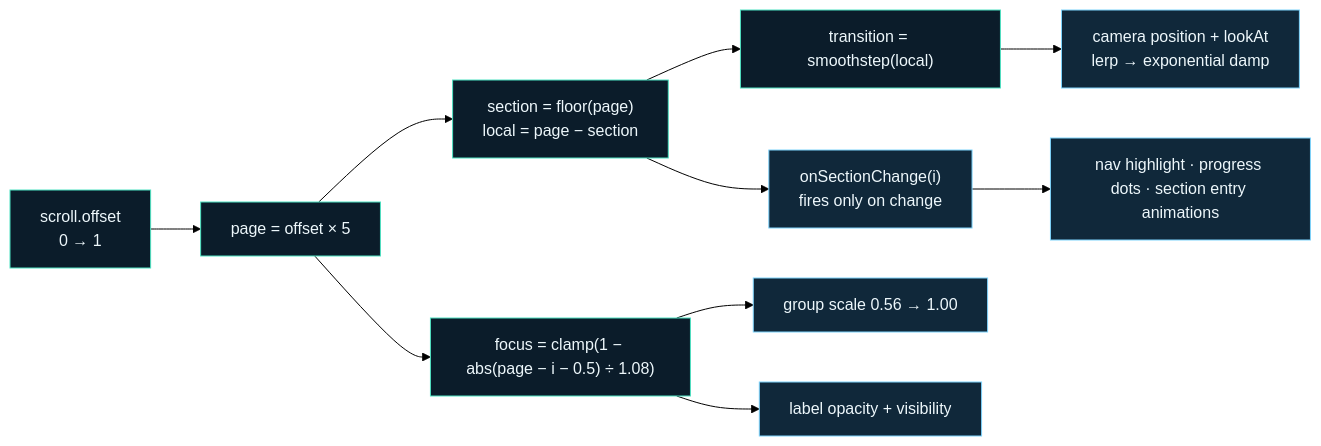
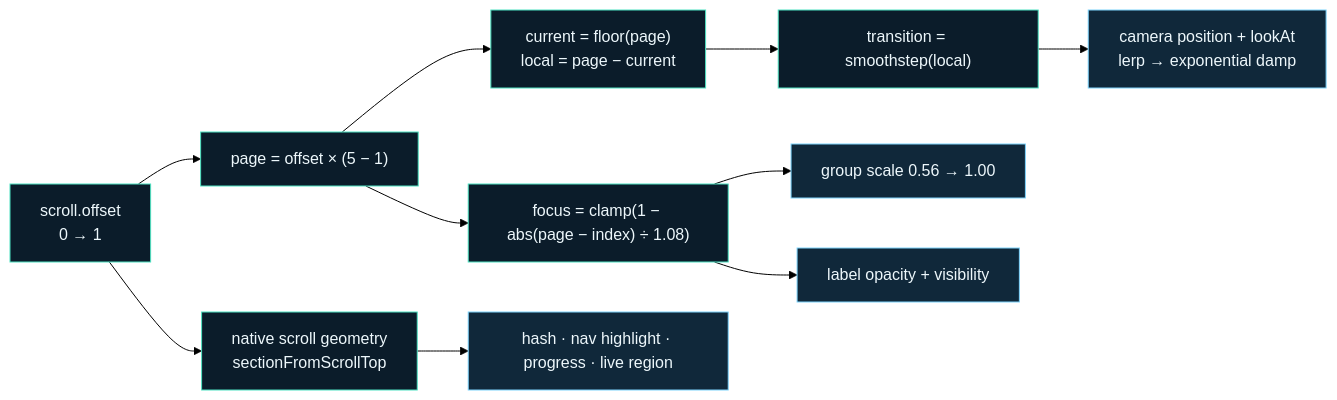
The third of 5 diagrams in README.md (YASLOGIST/LOGISDATA), drawn with Mermaid (forest theme) before and after one commit. The commit also changed other lines of this file and 40 other files, not shown here.

````diff
--- a/README.md
+++ b/README.md
@@ -241,15 +251,15 @@
 ```mermaid
 flowchart LR
   classDef n fill:#0b1c2a,stroke:#4de1c1,color:#edf7fb
   classDef o fill:#10283a,stroke:#7dd3fc,color:#edf7fb
 
-  s["scroll.offset<br/>0 → 1"]:::n --> p["page = offset × 5"]:::n
-  p --> i["section = floor(page)<br/>local = page − section"]:::n
+  s["scroll.offset<br/>0 → 1"]:::n --> p["page = offset × (5 − 1)"]:::n
+  p --> i["current = floor(page)<br/>local = page − current"]:::n
   i --> t["transition = smoothstep(local)"]:::n
   t --> cam["camera position + lookAt<br/>lerp → exponential damp"]:::o
-  p --> f["focus = clamp(1 − abs(page − i − 0.5) ÷ 1.08)"]:::n
+  p --> f["focus = clamp(1 − abs(page − index) ÷ 1.08)"]:::n
   f --> sc["group scale 0.56 → 1.00"]:::o
   f --> lb["label opacity + visibility"]:::o
-  i --> ev["onSectionChange(i)<br/>fires only on change"]:::o
-  ev --> ui["nav highlight · progress dots · section entry animations"]:::o
+  s --> native["native scroll geometry<br/>sectionFromScrollTop"]:::n
+  native --> ui["hash · nav highlight · progress · live region"]:::o
 ```
````
